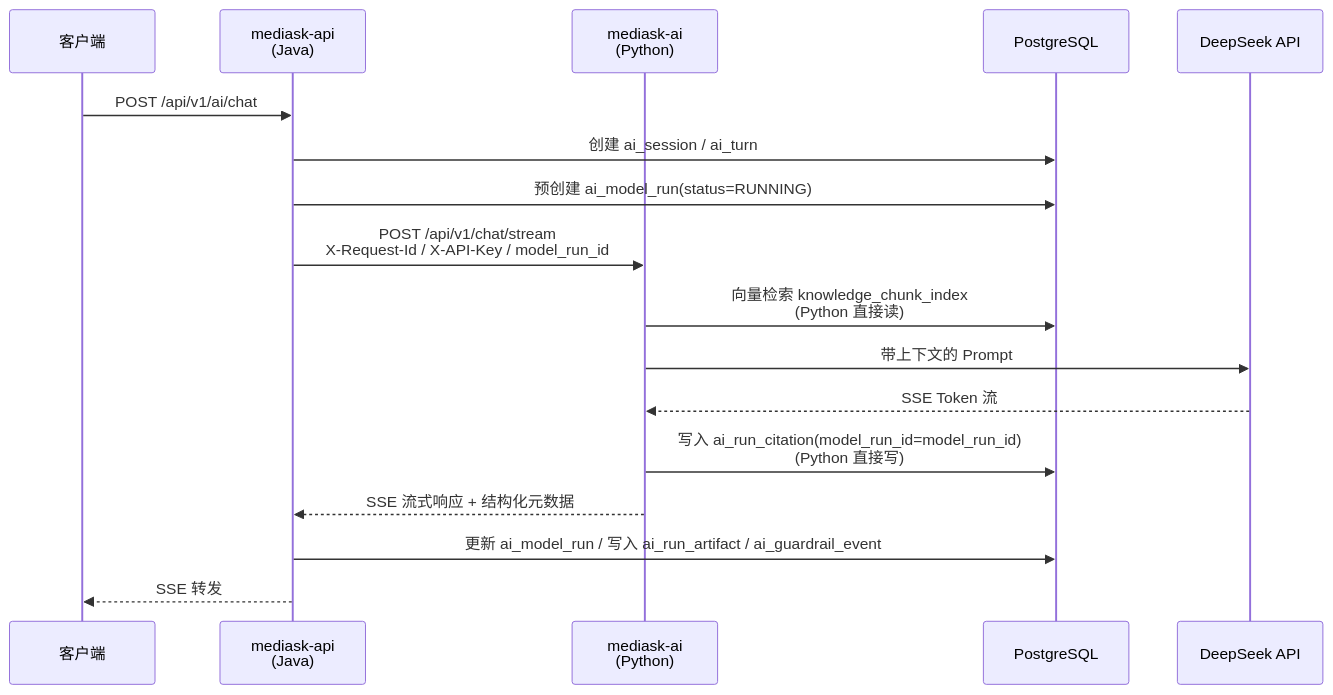
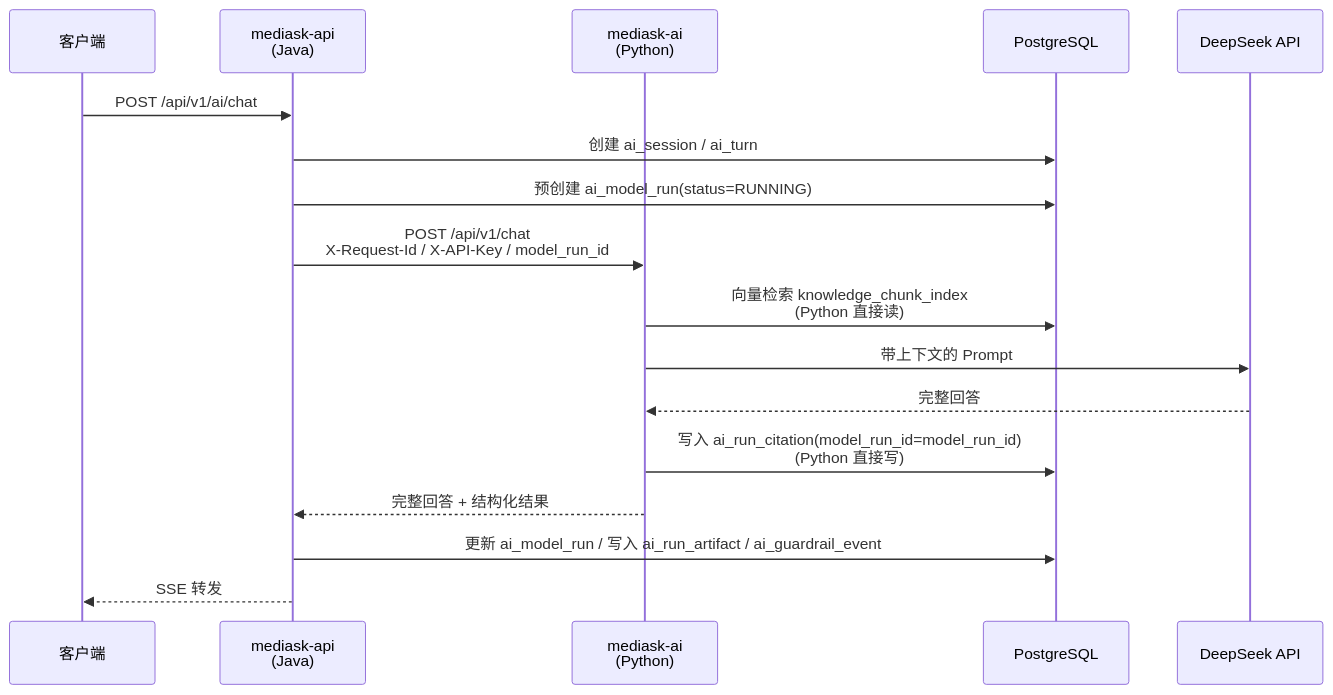
One commit to JianwenShaw/MediAskDocs changed the third of 5 diagrams in docs/01-OVERVIEW.md. Above: the diagram before and after it, drawn with Mermaid. The commit also changed other lines of this file and 16 other files, not shown here.

````diff
--- a/docs/01-OVERVIEW.md
+++ b/docs/01-OVERVIEW.md
@@ -378,20 +378,20 @@
 ```mermaid
 sequenceDiagram
     participant Client as 客户端
     participant API as mediask-api<br/>(Java)
     participant AI as mediask-ai<br/>(Python)
     participant PG as PostgreSQL
     participant LLM as DeepSeek API
 
     Client->>API: POST /api/v1/ai/chat
     API->>PG: 创建 ai_session / ai_turn
     API->>PG: 预创建 ai_model_run(status=RUNNING)
-    API->>AI: POST /api/v1/chat/stream<br/>X-Request-Id / X-API-Key / model_run_id
+    API->>AI: POST /api/v1/chat<br/>X-Request-Id / X-API-Key / model_run_id
     AI->>PG: 向量检索 knowledge_chunk_index<br/>(Python 直接读)
     AI->>LLM: 带上下文的 Prompt
-    LLM-->>AI: SSE Token 流
+    LLM-->>AI: 完整回答
     AI->>PG: 写入 ai_run_citation(model_run_id=model_run_id)<br/>(Python 直接写)
-    AI-->>API: SSE 流式响应 + 结构化元数据
+    AI-->>API: 完整回答 + 结构化结果
     API->>PG: 更新 ai_model_run / 写入 ai_run_artifact / ai_guardrail_event
     API-->>Client: SSE 转发
 ```
````
